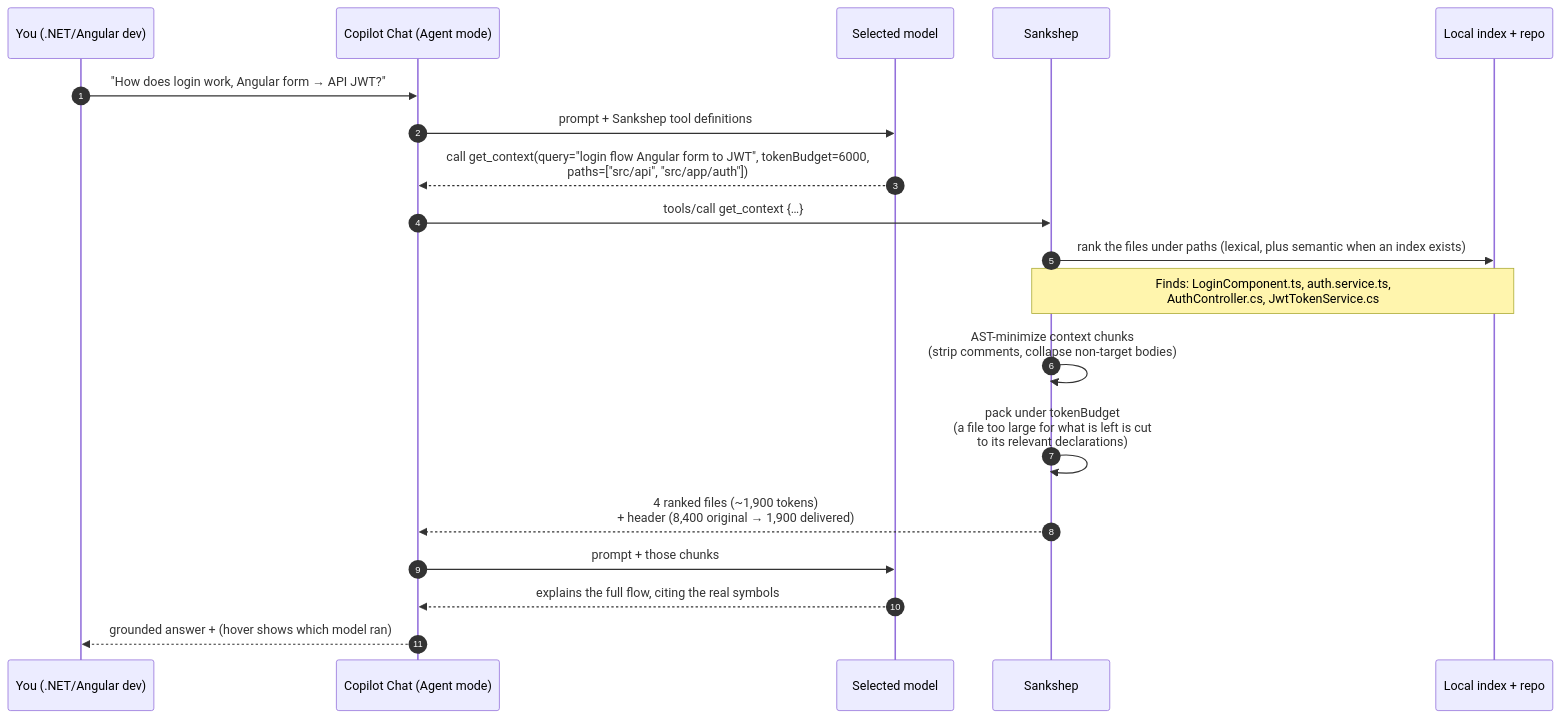
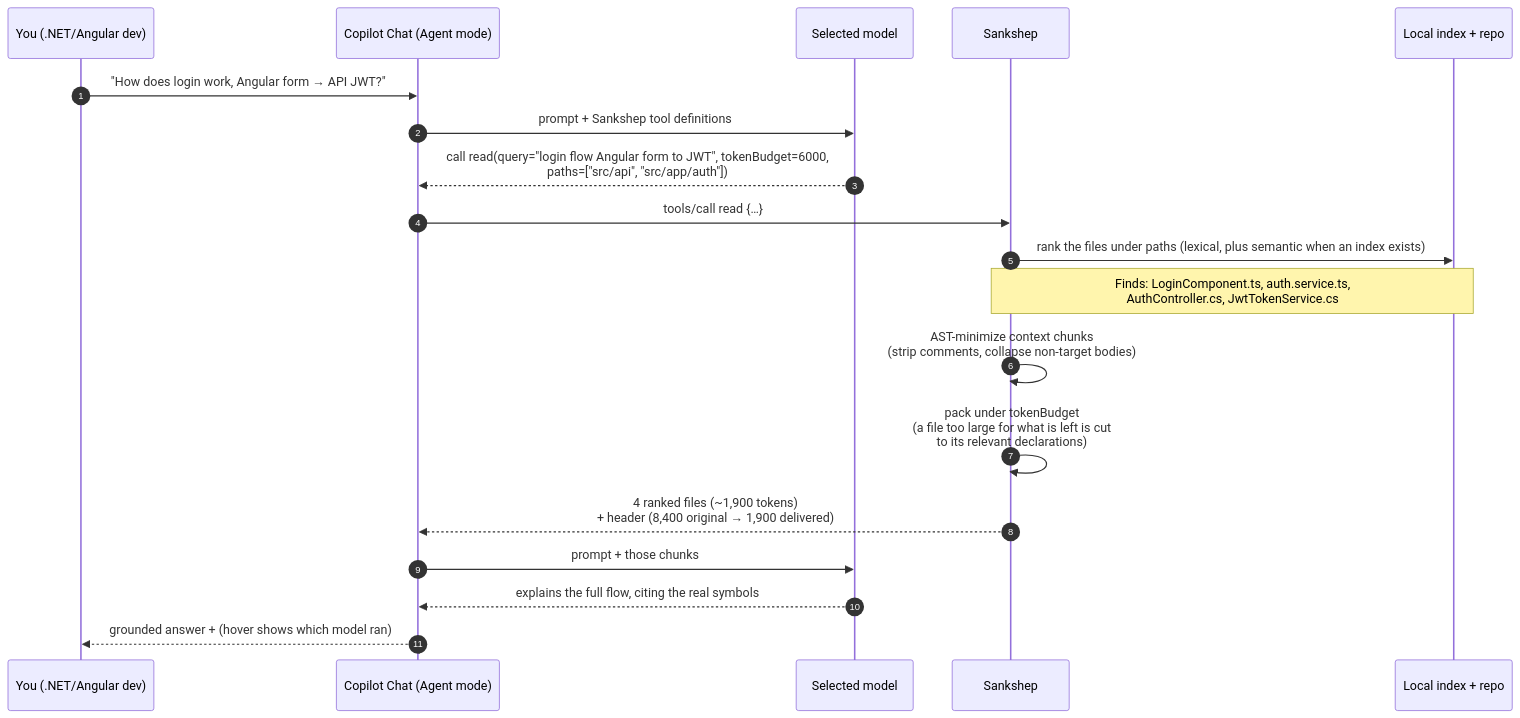
The sixth of 7 diagrams in docs/how-it-works.md (nitinpawar28/sankshep-docs), drawn with Mermaid before and after one commit. The commit also changed other lines of this file and 19 other files, not shown here.

````diff
--- a/docs/how-it-works.md
+++ b/docs/how-it-works.md
@@ -216,22 +218,22 @@
 ```mermaid
 sequenceDiagram
     autonumber
     participant Dev as You (.NET/Angular dev)
     participant Cop as Copilot Chat (Agent mode)
     participant Mdl as Selected model
     participant San as Sankshep
     participant Idx as Local index + repo
 
     Dev->>Cop: "How does login work, Angular form → API JWT?"
     Cop->>Mdl: prompt + Sankshep tool definitions
-    Mdl-->>Cop: call get_context(query="login flow Angular form to JWT", tokenBudget=6000,<br/>paths=["src/api", "src/app/auth"])
-    Cop->>San: tools/call get_context {…}
+    Mdl-->>Cop: call read(query="login flow Angular form to JWT", tokenBudget=6000,<br/>paths=["src/api", "src/app/auth"])
+    Cop->>San: tools/call read {…}
     San->>Idx: rank the files under paths (lexical, plus semantic when an index exists)
     Note over San,Idx: Finds: LoginComponent.ts, auth.service.ts,<br/>AuthController.cs, JwtTokenService.cs
     San->>San: AST-minimize context chunks<br/>(strip comments, collapse non-target bodies)
     San->>San: pack under tokenBudget<br/>(a file too large for what is left is cut<br/>to its relevant declarations)
     San-->>Cop: 4 ranked files (~1,900 tokens)<br/>+ header (8,400 original → 1,900 delivered)
     Cop->>Mdl: prompt + those chunks
     Mdl-->>Cop: explains the full flow, citing the real symbols
     Cop-->>Dev: grounded answer + (hover shows which model ran)
 ```
````
